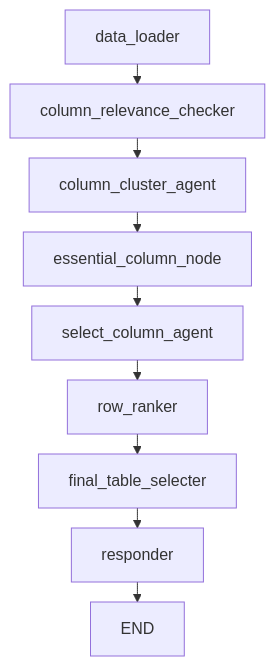
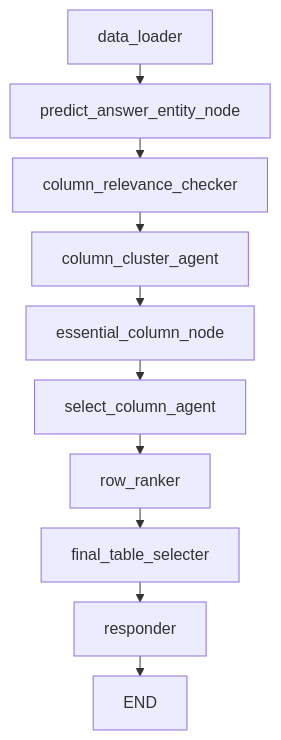
Before and after one commit to torijune/ATF-Adaptive-Table-Filtering-Framework: the first of 3 diagrams in README.md, drawn with Mermaid. The commit also changed 16 other files, not shown here.

Commit message:
predict answer entity in graph

````diff
--- a/README.md
+++ b/README.md
@@ -52,22 +52,24 @@
 ```mermaid
 %%{init: {'theme':'default', 'flowchart': {'nodeSpacing': 20, 'rankSpacing': 20}}}%%
 graph TD
     A[data_loader]
-    B[column_relevance_checker]
-    C[column_cluster_agent]
-    D[essential_column_node]
-    E[select_column_agent]
-    F[row_ranker]
-    G[final_table_selecter]
-    H[responder]
-    I[END]
+    B[predict_answer_entity_node]
+    C[column_relevance_checker]
+    D[column_cluster_agent]
+    E[essential_column_node]
+    F[select_column_agent]
+    G[row_ranker]
+    H[final_table_selecter]
+    I[responder]
+    J[END]
 
     A --> B
     B --> C
     C --> D
     D --> E
     E --> F
     F --> G
     G --> H
     H --> I
+    I --> J
 ```
````
